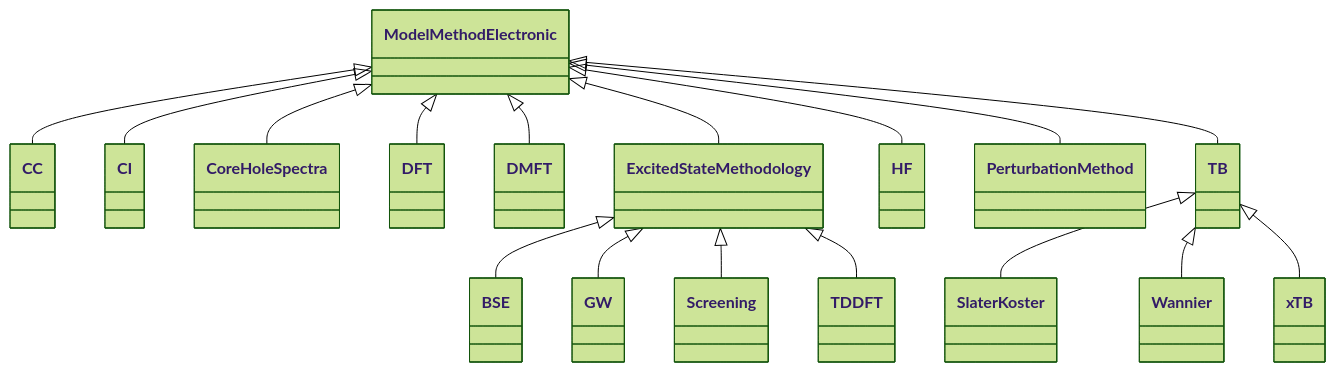
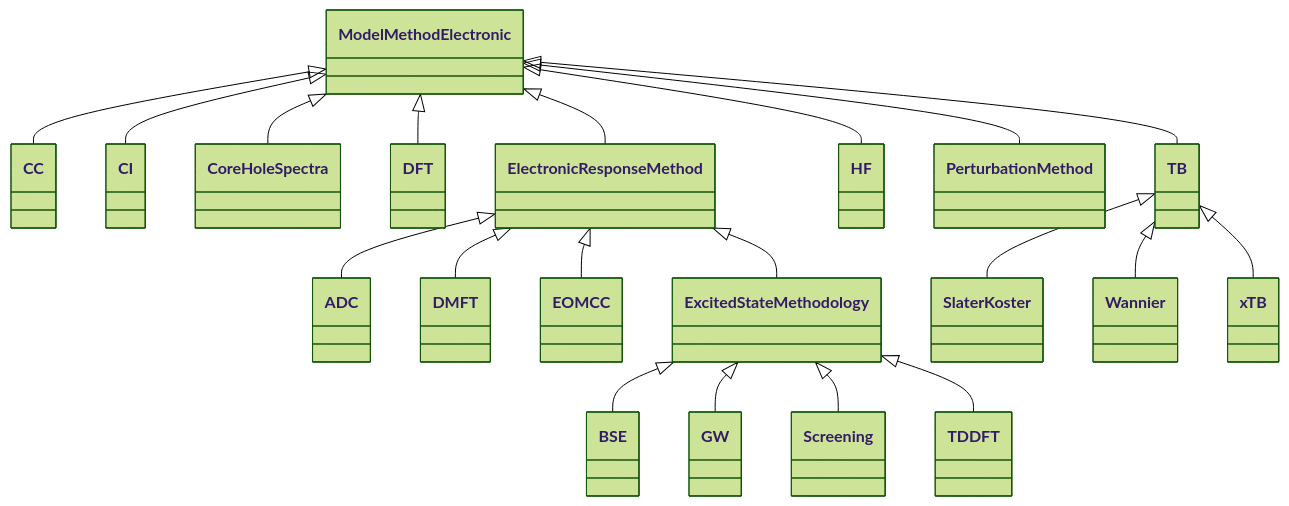
Before and after one commit to FAIRmat-NFDI/nomad-simulations: the diagram in docs/schema/model_method_electronic.diagram.md, drawn with Mermaid (forest theme). The commit also changed 34 other files, not shown here.

````diff
--- a/docs/schema/model_method_electronic.diagram.md
+++ b/docs/schema/model_method_electronic.diagram.md
@@ -14,36 +14,62 @@
 ```mermaid
 classDiagram
-    class BSE
-    class CC
-    class CI
-    class CoreHoleSpectra
-    class DFT
-    class DMFT
-    class ExcitedStateMethodology
-    class GW
-    class HF
-    class ModelMethodElectronic
-    class PerturbationMethod
-    class Screening
-    class SlaterKoster
-    class TB
-    class TDDFT
-    class Wannier
-    class xTB
+    class ADC {
+    }
+    class BSE {
+    }
+    class CC {
+    }
+    class CI {
+    }
+    class CoreHoleSpectra {
+    }
+    class DFT {
+    }
+    class DMFT {
+    }
+    class EOMCC {
+    }
+    class ElectronicResponseMethod {
+    }
+    class ExcitedStateMethodology {
+    }
+    class GW {
+    }
+    class HF {
+    }
+    class ModelMethodElectronic {
+    }
+    class PerturbationMethod {
+    }
+    class Screening {
+    }
+    class SlaterKoster {
+    }
+    class TB {
+    }
+    class TDDFT {
+    }
+    class Wannier {
+    }
+    class xTB {
+    }
+    ElectronicResponseMethod <|-- ADC
     ExcitedStateMethodology <|-- BSE
     ModelMethodElectronic <|-- CC
     ModelMethodElectronic <|-- CI
     ModelMethodElectronic <|-- CoreHoleSpectra
     ModelMethodElectronic <|-- DFT
-    ModelMethodElectronic <|-- DMFT
-    ModelMethodElectronic <|-- ExcitedStateMethodology
+    ElectronicResponseMethod <|-- DMFT
+    ElectronicResponseMethod <|-- EOMCC
+    ModelMethodElectronic <|-- ElectronicResponseMethod
+    ElectronicResponseMethod <|-- ExcitedStateMethodology
     ExcitedStateMethodology <|-- GW
     ModelMethodElectronic <|-- HF
     ModelMethodElectronic <|-- PerturbationMethod
     ExcitedStateMethodology <|-- Screening
     TB <|-- SlaterKoster
     ModelMethodElectronic <|-- TB
     ExcitedStateMethodology <|-- TDDFT
     TB <|-- Wannier
     TB <|-- xTB
 ```
````
